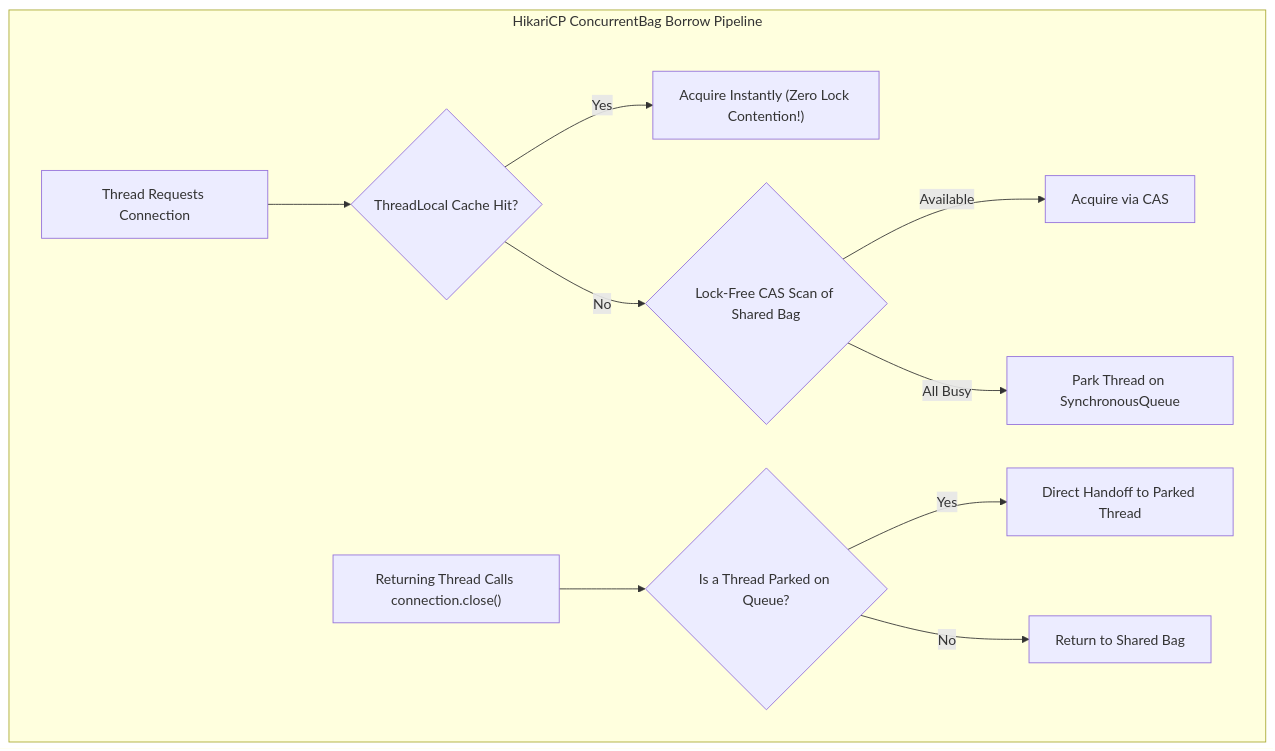
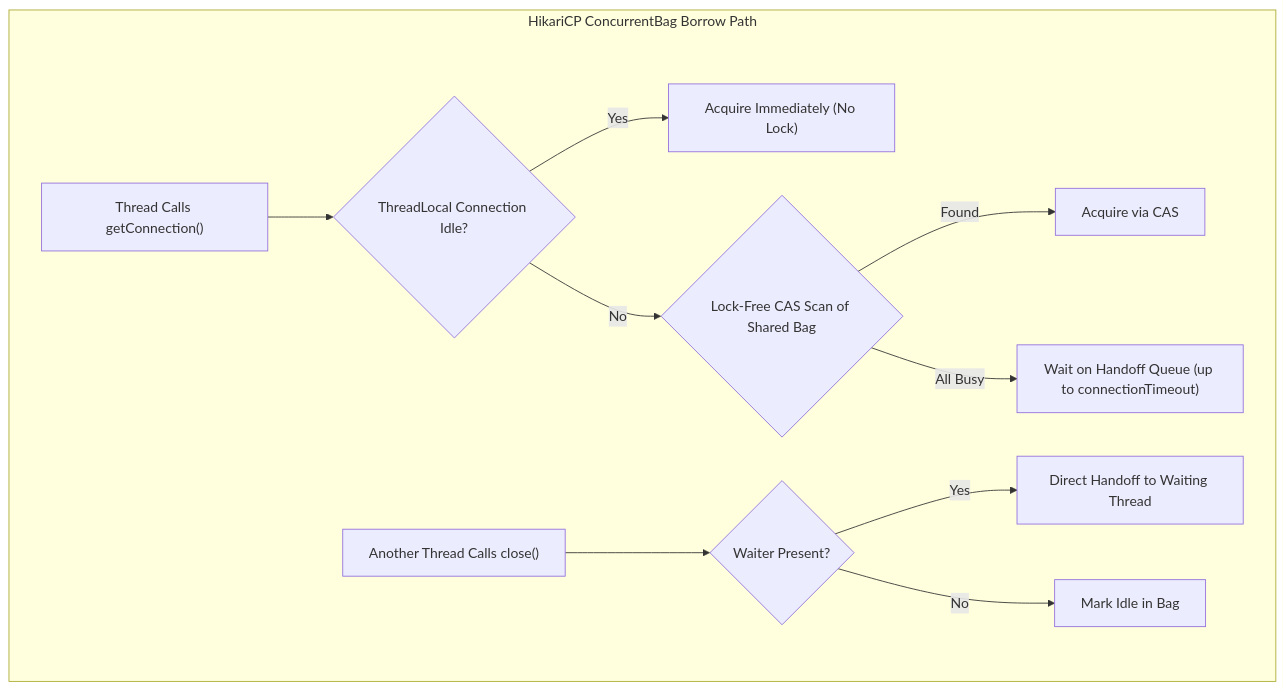
Before and after one commit to ravishankar2463/java_hub: the second of 2 diagrams in content/roadmap/level-7/jdbc-and-connection-pooling.md, drawn with Mermaid. The commit also changed other lines of this file and 119 other files, not shown here.

Commit message:
feat: add comprehensive java learning roadmap content across multiple levels

````diff
--- a/content/roadmap/level-7/jdbc-and-connection-pooling.md
+++ b/content/roadmap/level-7/jdbc-and-connection-pooling.md
@@ -223,16 +311,13 @@
 ```mermaid
 flowchart TD
-    subgraph "HikariCP ConcurrentBag Borrow Pipeline"
-        Req["Thread Requests Connection"] --> L1{"ThreadLocal Cache Hit?"}
-        
-        L1 -->|"Yes"| Borrow1["Acquire Instantly (Zero Lock Contention!)"]
-        L1 -->|"No"| L2{"Lock-Free CAS Scan of Shared Bag"}
-        
-        L2 -->|"Available"| Borrow2["Acquire via CAS"]
-        L2 -->|"All Busy"| L3["Park Thread on SynchronousQueue"]
-        
-        Release["Returning Thread Calls connection.close()"] --> Handoff{"Is a Thread Parked on Queue?"}
-        Handoff -->|"Yes"| Direct["Direct Handoff to Parked Thread"]
-        Handoff -->|"No"| Return["Return to Shared Bag"]
+    subgraph "HikariCP ConcurrentBag Borrow Path"
+        Req["Thread Calls getConnection()"] --> TL{"ThreadLocal Connection Idle?"}
+        TL -->|"Yes"| Fast["Acquire Immediately (No Lock)"]
+        TL -->|"No"| CAS{"Lock-Free CAS Scan of Shared Bag"}
+        CAS -->|"Found"| Shared["Acquire via CAS"]
+        CAS -->|"All Busy"| Wait["Wait on Handoff Queue (up to connectionTimeout)"]
+        Return["Another Thread Calls close()"] --> Handoff{"Waiter Present?"}
+        Handoff -->|"Yes"| Direct["Direct Handoff to Waiting Thread"]
+        Handoff -->|"No"| Back["Mark Idle in Bag"]
     end
 ```
````
